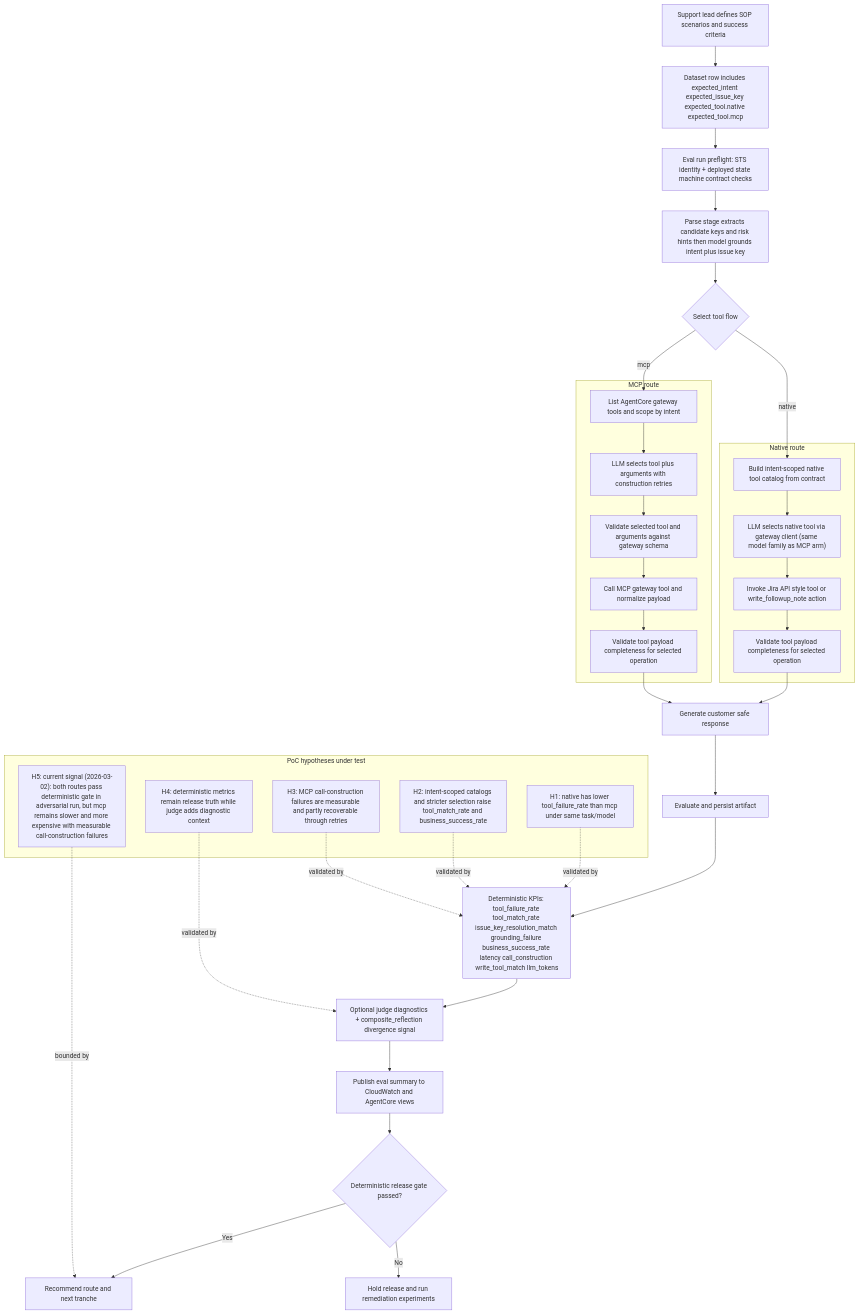
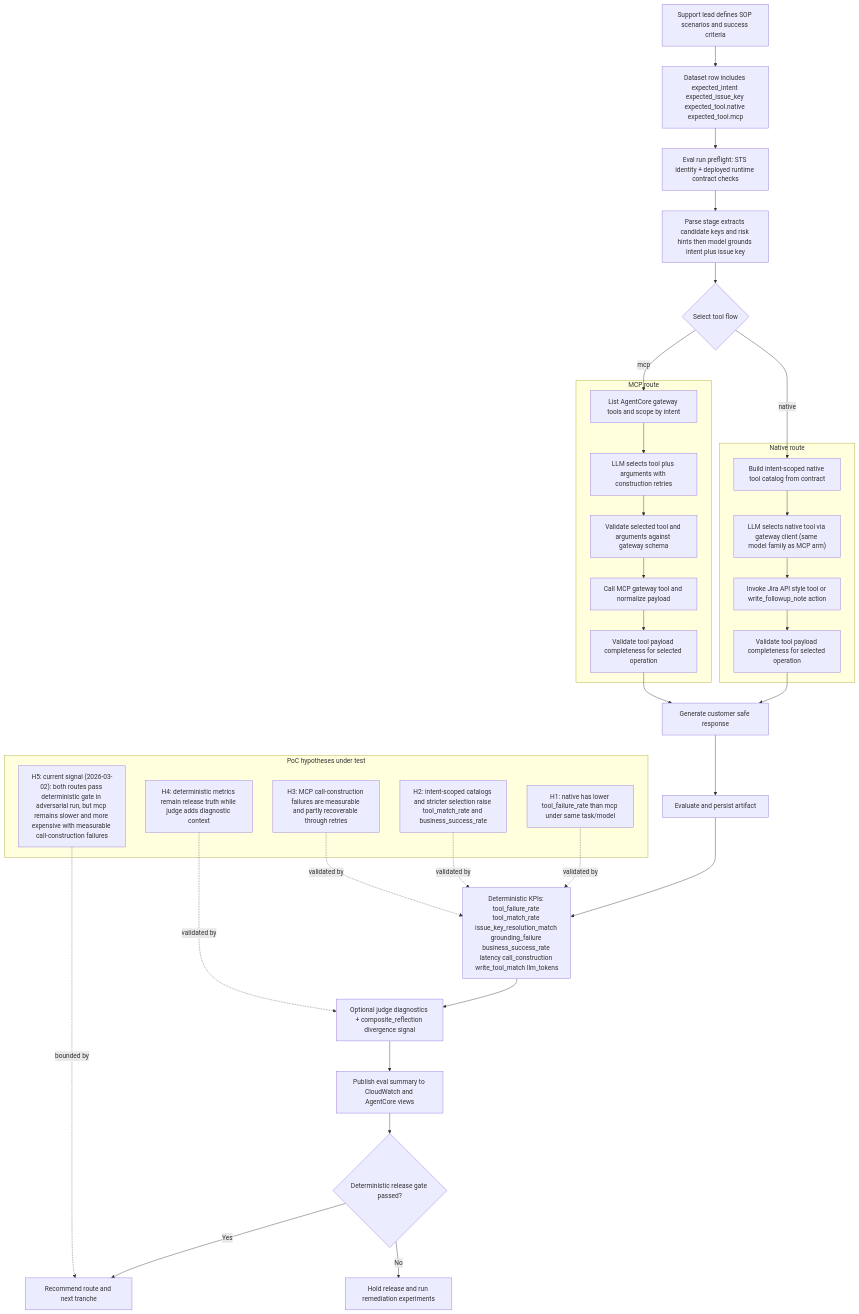
The diagram in README.md (adam-jackson-cf/flutter-aws-poc), drawn with Mermaid before and after one commit. The commit also changed other lines of this file and 62 other files, not shown here.

````diff
--- a/README.md
+++ b/README.md
@@ -24,57 +24,57 @@
 ```mermaid
 flowchart TD
     A["Support lead defines SOP scenarios and success criteria"]
     B["Dataset row includes expected_intent expected_issue_key expected_tool.native expected_tool.mcp"]
-    C["Eval run preflight: STS identity + deployed state machine contract checks"]
+    C["Eval run preflight: STS identity + deployed runtime contract checks"]
     D["Parse stage extracts candidate keys and risk hints then model grounds intent plus issue key"]
     E{"Select tool flow"}
 
     subgraph N["Native route"]
       N1["Build intent-scoped native tool catalog from contract"]
       N2["LLM selects native tool via gateway client (same model family as MCP arm)"]
       N3["Invoke Jira API style tool or write_followup_note action"]
       N4["Validate tool payload completeness for selected operation"]
       N1 --> N2 --> N3 --> N4
     end
 
     subgraph M["MCP route"]
       M1["List AgentCore gateway tools and scope by intent"]
       M2["LLM selects tool plus arguments with construction retries"]
       M3["Validate selected tool and arguments against gateway schema"]
       M4["Call MCP gateway tool and normalize payload"]
       M5["Validate tool payload completeness for selected operation"]
       M1 --> M2 --> M3 --> M4 --> M5
     end
 
     F["Generate customer safe response"]
     G["Evaluate and persist artifact"]
     H["Deterministic KPIs: tool_failure_rate tool_match_rate issue_key_resolution_match grounding_failure business_success_rate latency call_construction write_tool_match llm_tokens"]
     I["Optional judge diagnostics + composite_reflection divergence signal"]
     J["Publish eval summary to CloudWatch and AgentCore views"]
     K{"Deterministic release gate passed?"}
     L["Recommend route and next tranche"]
     R["Hold release and run remediation experiments"]
 
     subgraph Y["PoC hypotheses under test"]
       Y1["H1: native has lower tool_failure_rate than mcp under same task/model"]
       Y2["H2: intent-scoped catalogs and stricter selection raise tool_match_rate and business_success_rate"]
       Y3["H3: MCP call-construction failures are measurable and partly recoverable through retries"]
       Y4["H4: deterministic metrics remain release truth while judge adds diagnostic context"]
       Y5["H5: current signal (2026-03-02): both routes pass deterministic gate in adversarial run, but mcp remains slower and more expensive with measurable call-construction failures"]
     end
 
     A --> B --> C --> D --> E
     E -->|native| N1
     E -->|mcp| M1
     N4 --> F
     M5 --> F
     F --> G --> H --> I --> J --> K
     K -->|Yes| L
     K -->|No| R
 
     Y1 -.validated by.-> H
     Y2 -.validated by.-> H
     Y3 -.validated by.-> H
     Y4 -.validated by.-> I
     Y5 -.bounded by.-> L
 ```
````
